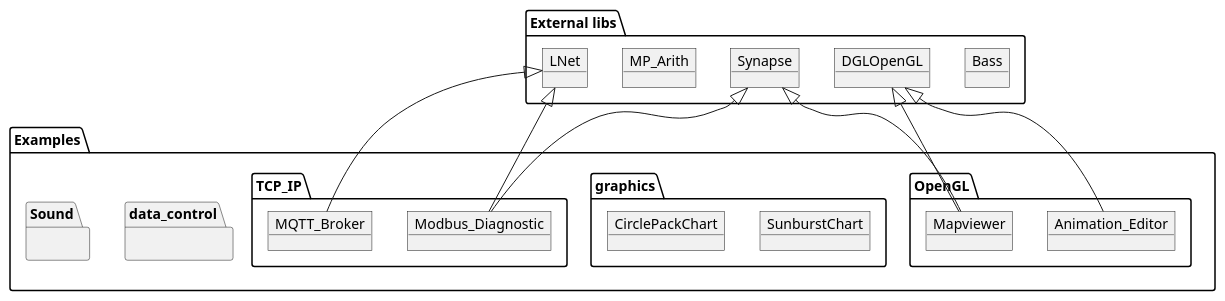
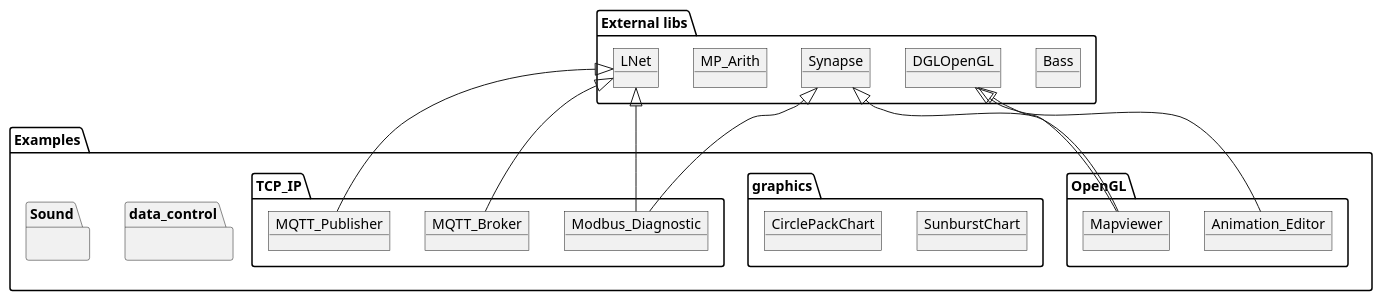
One commit to PascalCorpsman/Examples changed the diagram in overview.plantuml. Above: the diagram before and after it, drawn with PlantUML. The commit also changed 6 other files, not shown here.

Commit message:
Add MQTT publisher demo

```diff
--- a/overview.plantuml
+++ b/overview.plantuml
@@ -2,37 +2,39 @@
 @startuml
 
 package "Examples" {
   package "OpenGL" {
    object Mapviewer
    object Animation_Editor
   }
   package "data_control" {
   }
   package "graphics" {
    object SunburstChart
    object CirclePackChart
   }
   package "TCP_IP" {
    object MQTT_Broker
+   object MQTT_Publisher
    object Modbus_Diagnostic
   }
   package "Sound" {
    
   }
 }
 
 package "External libs" {
 object Bass
 object DGLOpenGL
 object LNet 
 object MP_Arith
 object Synapse
 Synapse <|-- Mapviewer 
 DGLOpenGL <|-- Mapviewer 
 DGLOpenGL <|-- Animation_Editor 
 Synapse <|-- Modbus_Diagnostic
 LNet <|-- Modbus_Diagnostic
+LNet <|-- MQTT_Publisher
 LNet <|-- MQTT_Broker
 }
 
 @enduml
```
